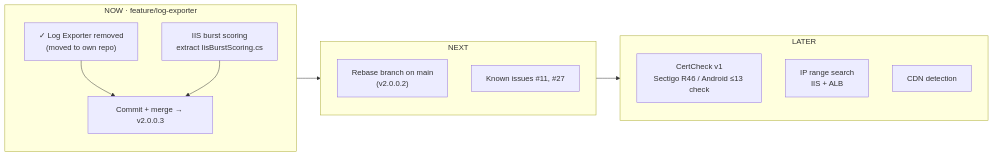
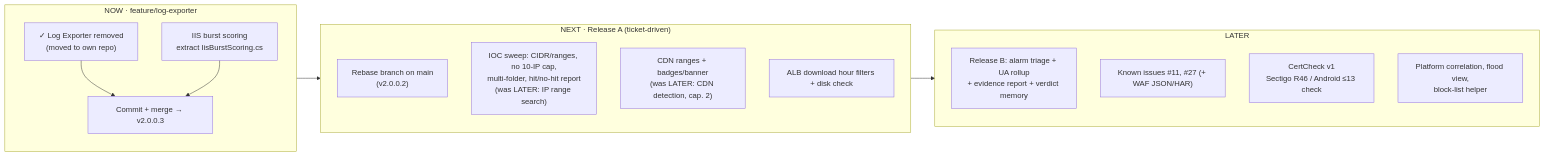
The third of 3 diagrams in docs/roadmap.md (AfonsecaOutsys/LogHunter-Public), drawn with Mermaid before and after one commit. The commit also changed other lines of this file and 7 other files, not shown here.

First line of the commit message:
docs: ticket-driven gap plan and CDN identification research

````diff
--- a/docs/roadmap.md
+++ b/docs/roadmap.md
@@ -64,23 +64,26 @@
 ```mermaid
 flowchart LR
   subgraph NOW["NOW · feature/log-exporter"]
     direction TB
     N1["✓ Log Exporter removed<br/>(moved to own repo)"]
     N2["IIS burst scoring<br/>extract IisBurstScoring.cs"]
     N3["Commit + merge → v2.0.0.3"]
     N1 --> N3
     N2 --> N3
   end
-  subgraph NEXT["NEXT"]
+  subgraph NEXT["NEXT · Release A (ticket-driven)"]
     direction TB
     X1["Rebase branch on main<br/>(v2.0.0.2)"]
-    X2["Known issues #11, #27"]
+    X3["IOC sweep: CIDR/ranges, no 10-IP cap,<br/>multi-folder, hit/no-hit report<br/>(was LATER: IP range search)"]
+    X4["CDN ranges + badges/banner<br/>(was LATER: CDN detection, cap. 2)"]
+    X5["ALB download hour filters + disk check"]
   end
   subgraph LATER["LATER"]
     direction TB
+    B1["Release B: alarm triage + UA rollup<br/>+ evidence report + verdict memory"]
+    X2["Known issues #11, #27 (+ WAF JSON/HAR)"]
     L1["CertCheck v1<br/>Sectigo R46 / Android ≤13 check"]
-    L2["IP range search<br/>IIS + ALB"]
-    L3["CDN detection"]
+    L4["Platform correlation, flood view,<br/>block-list helper"]
   end
   NOW --> NEXT --> LATER
 ```
````
